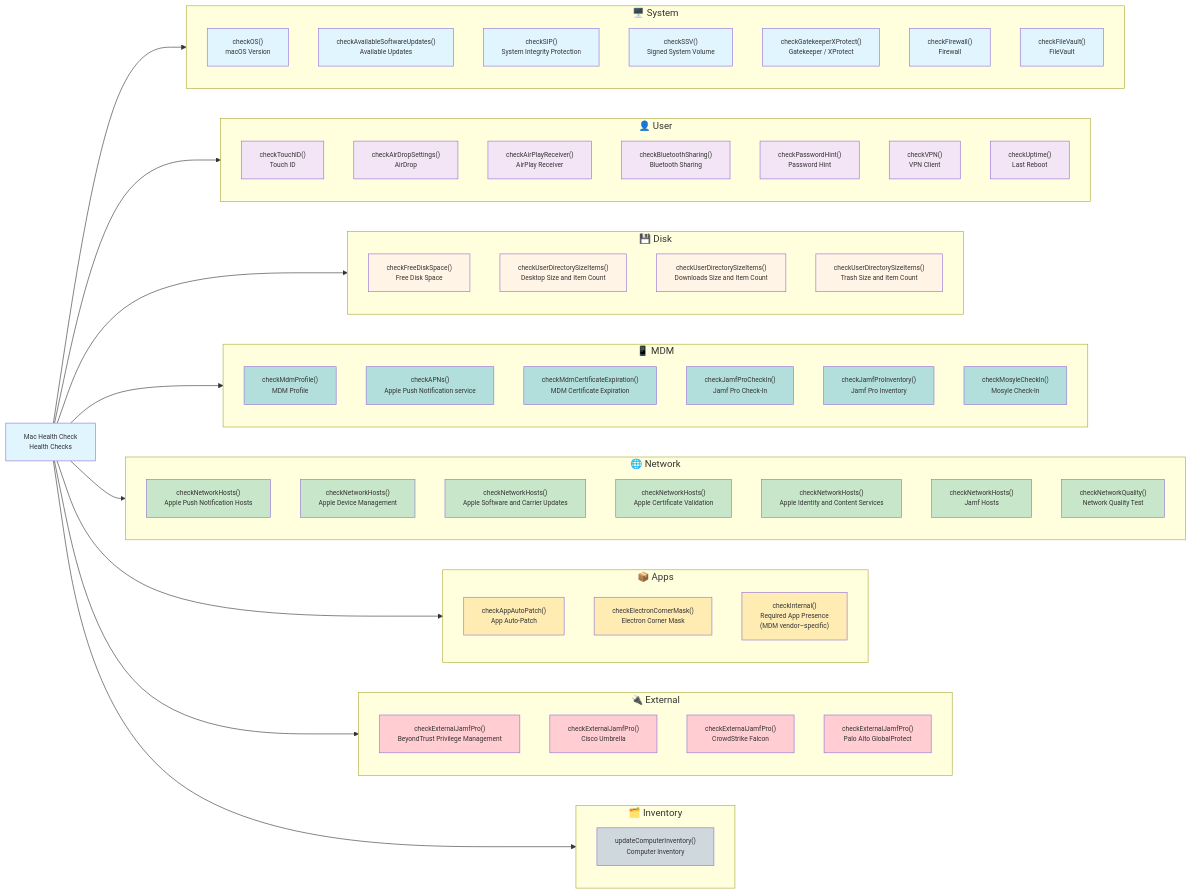
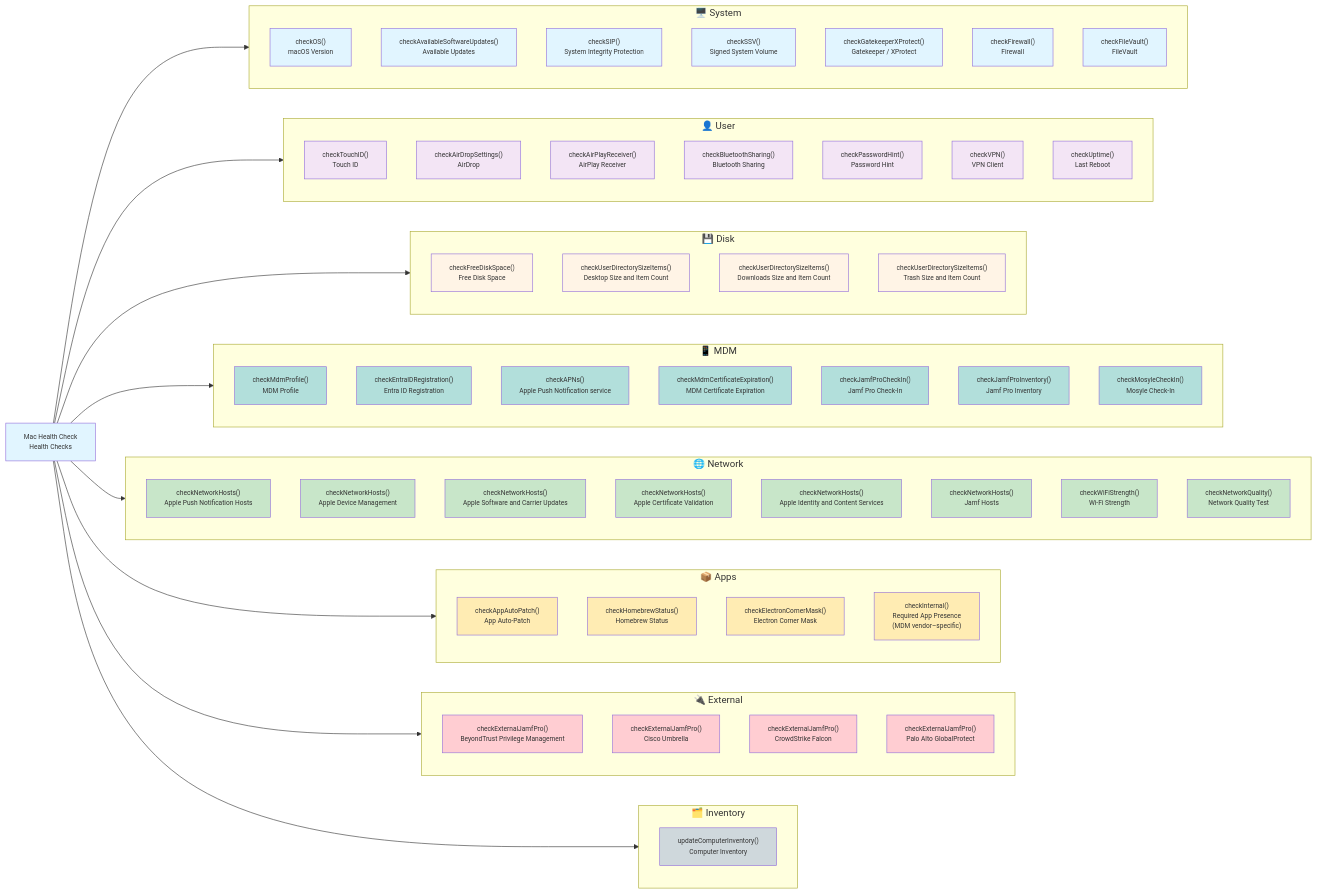
One commit to dan-snelson/Mac-Health-Check changed the diagram in Diagrams/03-health-check-categories.md. Above: the diagram before and after it, drawn with Mermaid. The commit also changed other lines of this file and 56 other files, not shown here.

```diff
--- a/Diagrams/03-health-check-categories.md
+++ b/Diagrams/03-health-check-categories.md
@@ -56,11 +56,12 @@
 
     subgraph MDMChecks["📱 MDM"]
         M1["checkMdmProfile()<br>MDM Profile"]
-        M2["checkAPNs()<br>Apple Push Notification service"]
-        M3["checkMdmCertificateExpiration()<br>MDM Certificate Expiration"]
-        M4["checkJamfProCheckIn()<br>Jamf Pro Check-In"]
-        M5["checkJamfProInventory()<br>Jamf Pro Inventory"]
-        M6["checkMosyleCheckIn()<br>Mosyle Check-In"]
+        M2["checkEntraIDRegistration()<br>Entra ID Registration"]
+        M3["checkAPNs()<br>Apple Push Notification service"]
+        M4["checkMdmCertificateExpiration()<br>MDM Certificate Expiration"]
+        M5["checkJamfProCheckIn()<br>Jamf Pro Check-In"]
+        M6["checkJamfProInventory()<br>Jamf Pro Inventory"]
+        M7["checkMosyleCheckIn()<br>Mosyle Check-In"]
 
         style M1 fill:#b2dfdb
         style M2 fill:#b2dfdb
@@ -68,6 +69,7 @@
         style M4 fill:#b2dfdb
         style M5 fill:#b2dfdb
         style M6 fill:#b2dfdb
+        style M7 fill:#b2dfdb
     end
 
     subgraph Network["🌐 Network"]
@@ -77,7 +79,8 @@
         N4["checkNetworkHosts()<br>Apple Certificate Validation"]
         N5["checkNetworkHosts()<br>Apple Identity and Content Services"]
         N6["checkNetworkHosts()<br>Jamf Hosts"]
-        N7["checkNetworkQuality()<br>Network Quality Test"]
+        N7["checkWiFiStrength()<br>Wi-Fi Strength"]
+        N8["checkNetworkQuality()<br>Network Quality Test"]
 
         style N1 fill:#c8e6c9
         style N2 fill:#c8e6c9
@@ -86,16 +89,19 @@
         style N5 fill:#c8e6c9
         style N6 fill:#c8e6c9
         style N7 fill:#c8e6c9
+        style N8 fill:#c8e6c9
     end
 
     subgraph Apps["📦 Apps"]
         A1["checkAppAutoPatch()<br>App Auto-Patch"]
-        A2["checkElectronCornerMask()<br>Electron Corner Mask"]
-        A3["checkInternal()<br>Required App Presence<br>(MDM vendor–specific)"]
+        A2["checkHomebrewStatus()<br>Homebrew Status"]
+        A3["checkElectronCornerMask()<br>Electron Corner Mask"]
+        A4["checkInternal()<br>Required App Presence<br>(MDM vendor–specific)"]
 
         style A1 fill:#ffecb3
         style A2 fill:#ffecb3
         style A3 fill:#ffecb3
+        style A4 fill:#ffecb3
     end
 
     subgraph External["🔌 External"]
```
